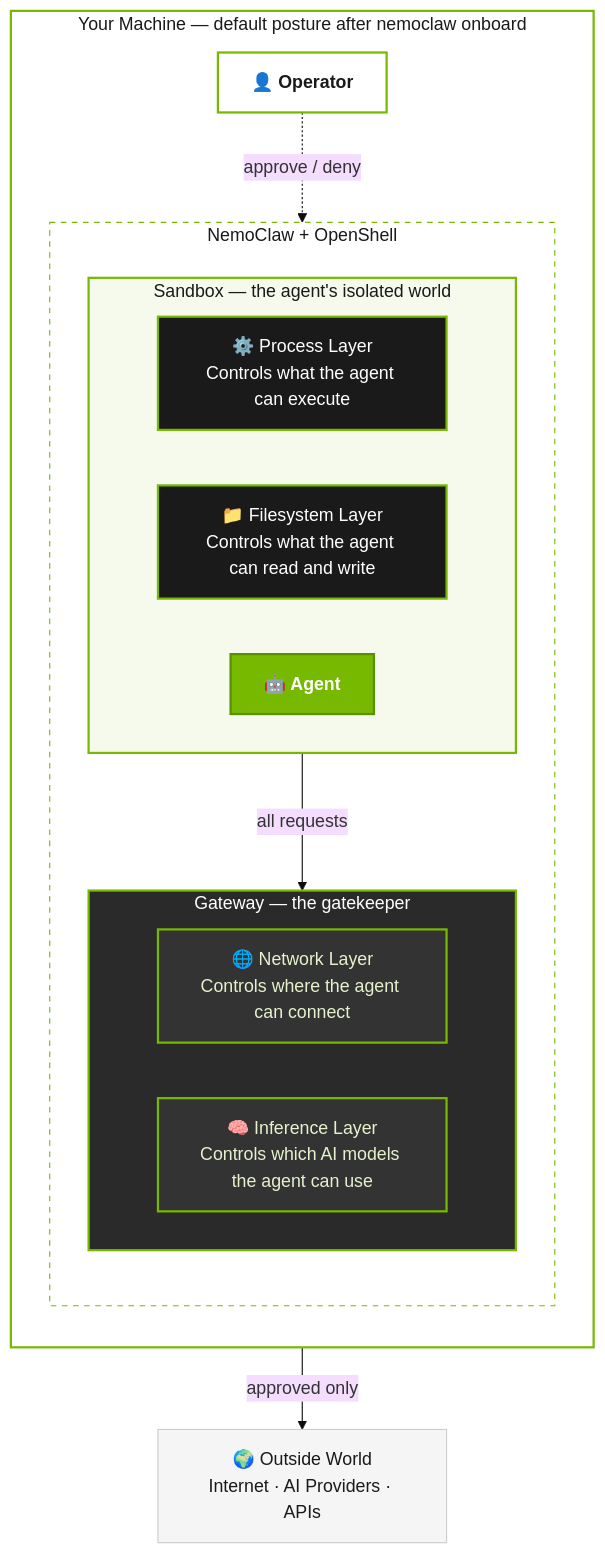
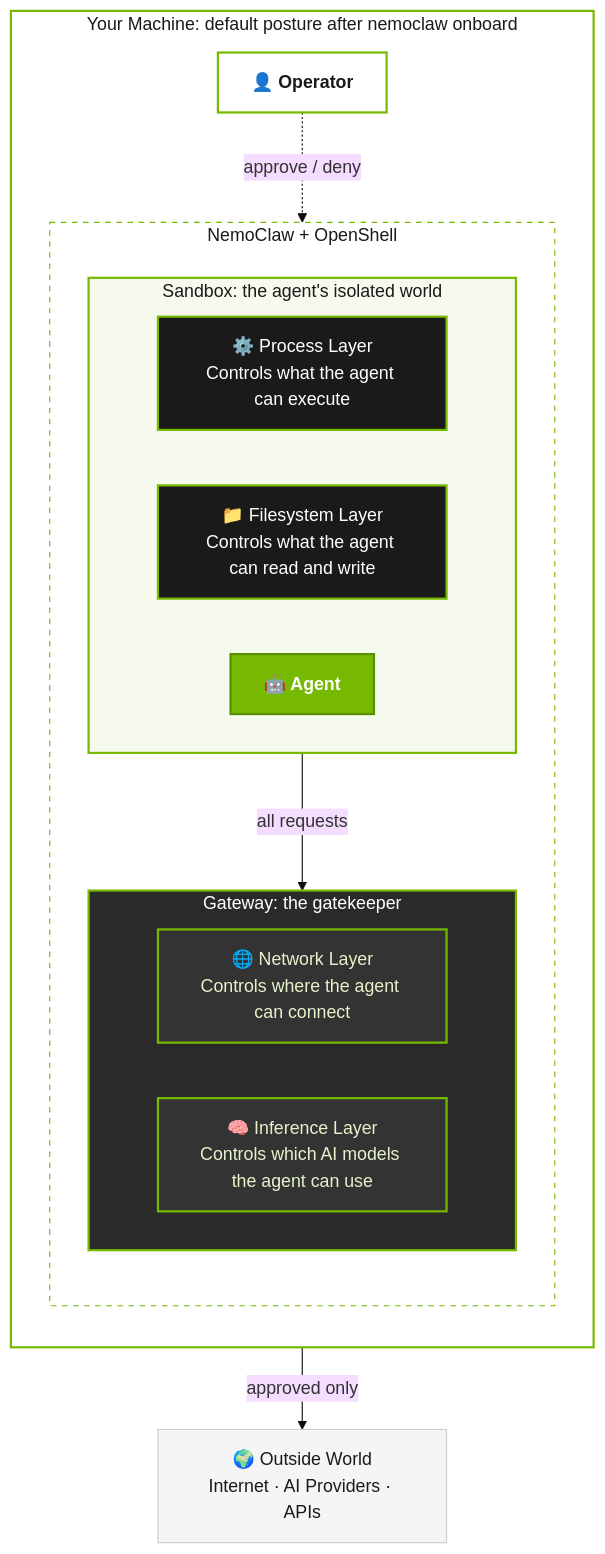
One commit to Solizardking/NemoClaw changed the diagram in docs/security/best-practices.md. Above: the diagram before and after it, drawn with Mermaid (base theme). The commit also changed other lines of this file and 32 other files, not shown here.

````diff
--- a/docs/security/best-practices.md
+++ b/docs/security/best-practices.md
@@ -46,48 +46,48 @@
 ```{mermaid}
 flowchart TB
-    subgraph HOST["Your Machine — default posture after nemoclaw onboard"]
+    subgraph HOST["Your Machine: default posture after nemoclaw onboard"]
         direction TB
 
         YOU["👤 Operator"]
 
         subgraph NC["NemoClaw + OpenShell"]
             direction TB
 
-            subgraph SB["Sandbox — the agent's isolated world"]
+            subgraph SB["Sandbox: the agent's isolated world"]
                 direction LR
                 PROC["⚙️ Process Layer<br/>Controls what the agent can execute"]
                 FS["📁 Filesystem Layer<br/>Controls what the agent can read and write"]
                 AGENT["🤖 Agent"]
             end
 
-            subgraph GW["Gateway — the gatekeeper"]
+            subgraph GW["Gateway: the gatekeeper"]
                 direction LR
                 NET["🌐 Network Layer<br/>Controls where the agent can connect"]
                 INF["🧠 Inference Layer<br/>Controls which AI models the agent can use"]
             end
         end
     end
 
     OUTSIDE["🌍 Outside World<br/>Internet · AI Providers · APIs"]
 
     AGENT -- "all requests" --> GW
     GW -- "approved only" --> OUTSIDE
     YOU -. "approve / deny" .-> GW
 
     classDef agent fill:#76b900,stroke:#5a8f00,color:#fff,stroke-width:2px,font-weight:bold
     classDef locked fill:#1a1a1a,stroke:#76b900,color:#fff,stroke-width:2px
     classDef hot fill:#333,stroke:#76b900,color:#e6f2cc,stroke-width:2px
     classDef external fill:#f5f5f5,stroke:#ccc,color:#1a1a1a,stroke-width:1px
     classDef operator fill:#fff,stroke:#76b900,color:#1a1a1a,stroke-width:2px,font-weight:bold
 
     class AGENT agent
     class PROC,FS locked
     class NET,INF hot
     class OUTSIDE external
     class YOU operator
 
     style HOST fill:none,stroke:#76b900,stroke-width:2px,color:#1a1a1a
     style NC fill:none,stroke:#76b900,stroke-width:1px,stroke-dasharray:5 5,color:#1a1a1a
     style SB fill:#f5faed,stroke:#76b900,stroke-width:2px,color:#1a1a1a
     style GW fill:#2a2a2a,stroke:#76b900,stroke-width:2px,color:#fff
 ```
````
